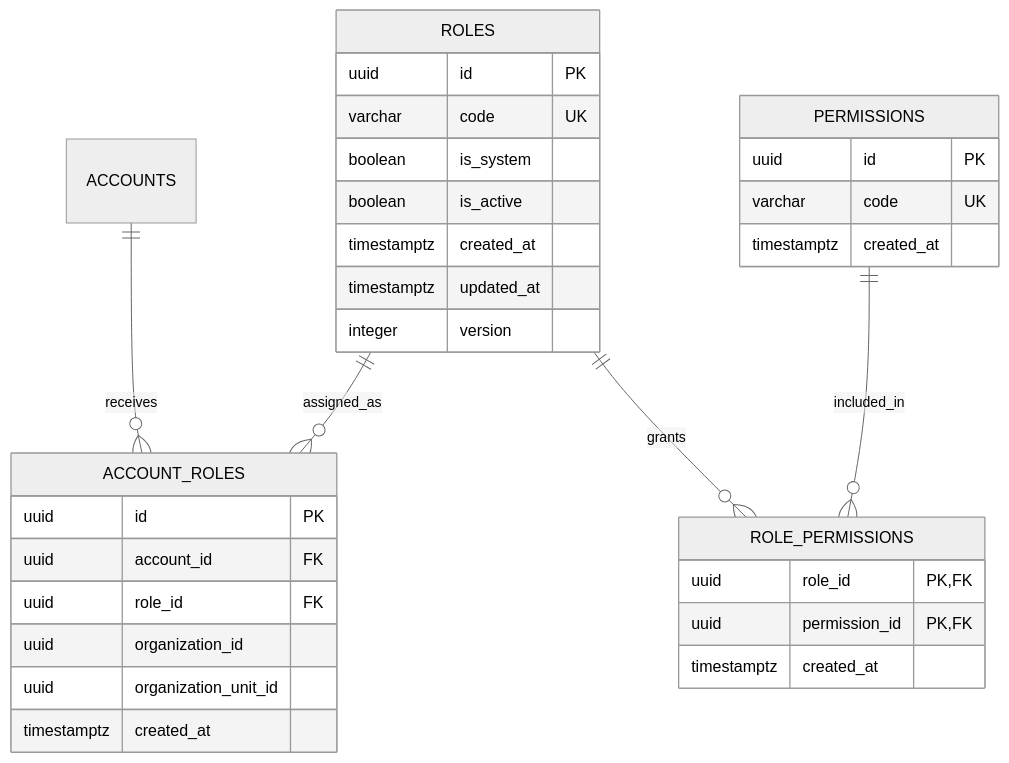
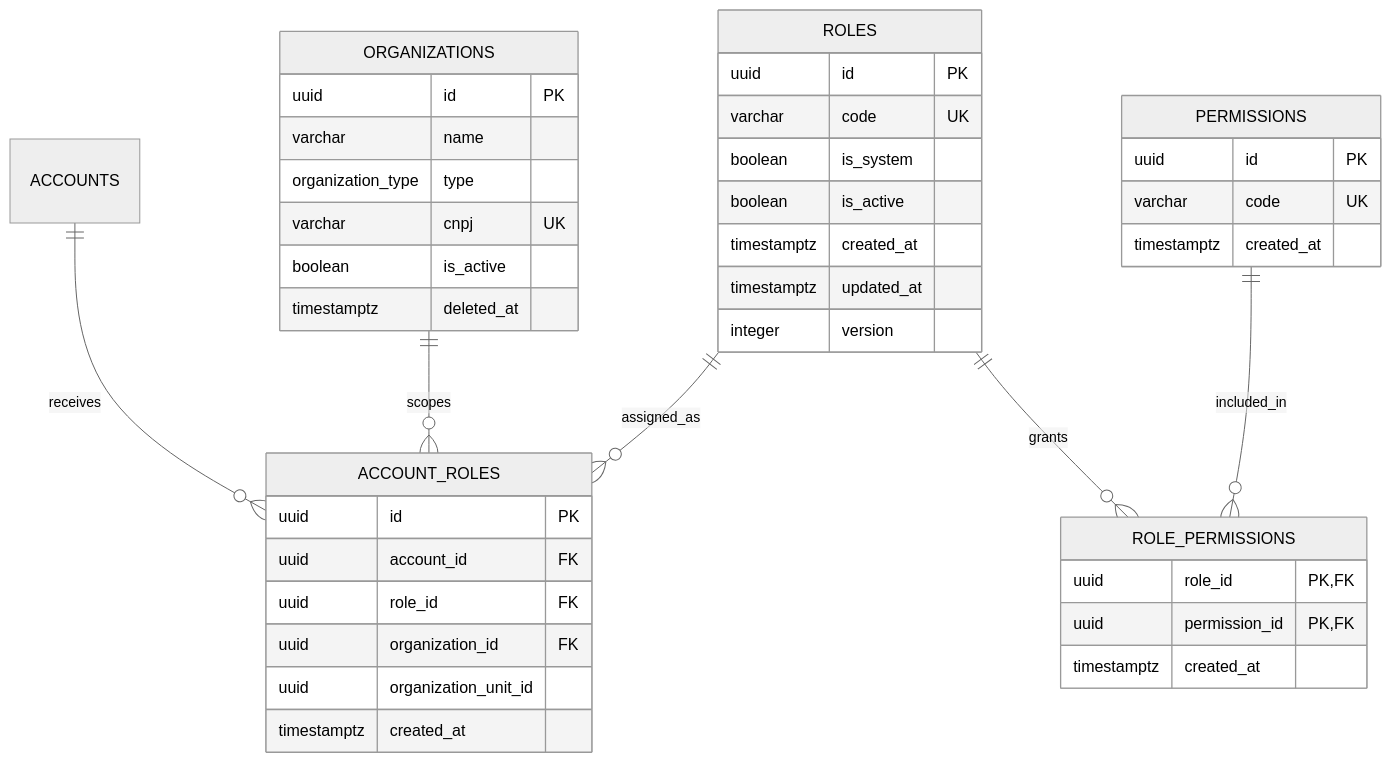
Before and after one commit to braiansilva7/protege-mais: the diagram in docs/permissions/README.md, drawn with Mermaid (neutral theme). The commit also changed other lines of this file and 32 other files, not shown here.

````diff
--- a/docs/permissions/README.md
+++ b/docs/permissions/README.md
@@ -82,35 +83,44 @@
 ```mermaid
 erDiagram
     ACCOUNTS ||--o{ ACCOUNT_ROLES : receives
+    ORGANIZATIONS ||--o{ ACCOUNT_ROLES : scopes
     ROLES ||--o{ ACCOUNT_ROLES : assigned_as
     ROLES ||--o{ ROLE_PERMISSIONS : grants
     PERMISSIONS ||--o{ ROLE_PERMISSIONS : included_in
 
     ROLES {
         uuid id PK
         varchar code UK
         boolean is_system
         boolean is_active
         timestamptz created_at
         timestamptz updated_at
         integer version
     }
     PERMISSIONS {
         uuid id PK
         varchar code UK
         timestamptz created_at
     }
     ROLE_PERMISSIONS {
         uuid role_id PK,FK
         uuid permission_id PK,FK
         timestamptz created_at
     }
+    ORGANIZATIONS {
+        uuid id PK
+        varchar name
+        organization_type type
+        varchar cnpj UK
+        boolean is_active
+        timestamptz deleted_at
+    }
     ACCOUNT_ROLES {
         uuid id PK
         uuid account_id FK
         uuid role_id FK
-        uuid organization_id
+        uuid organization_id FK
         uuid organization_unit_id
         timestamptz created_at
     }
 ```
````
